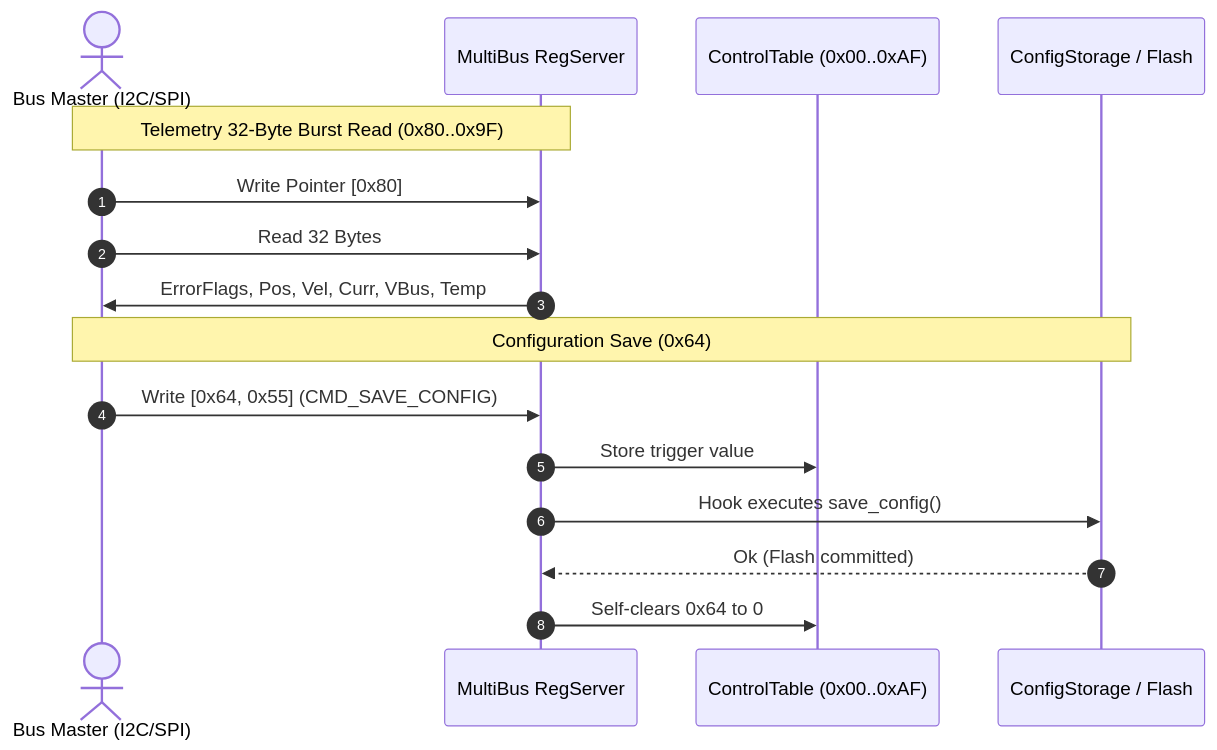
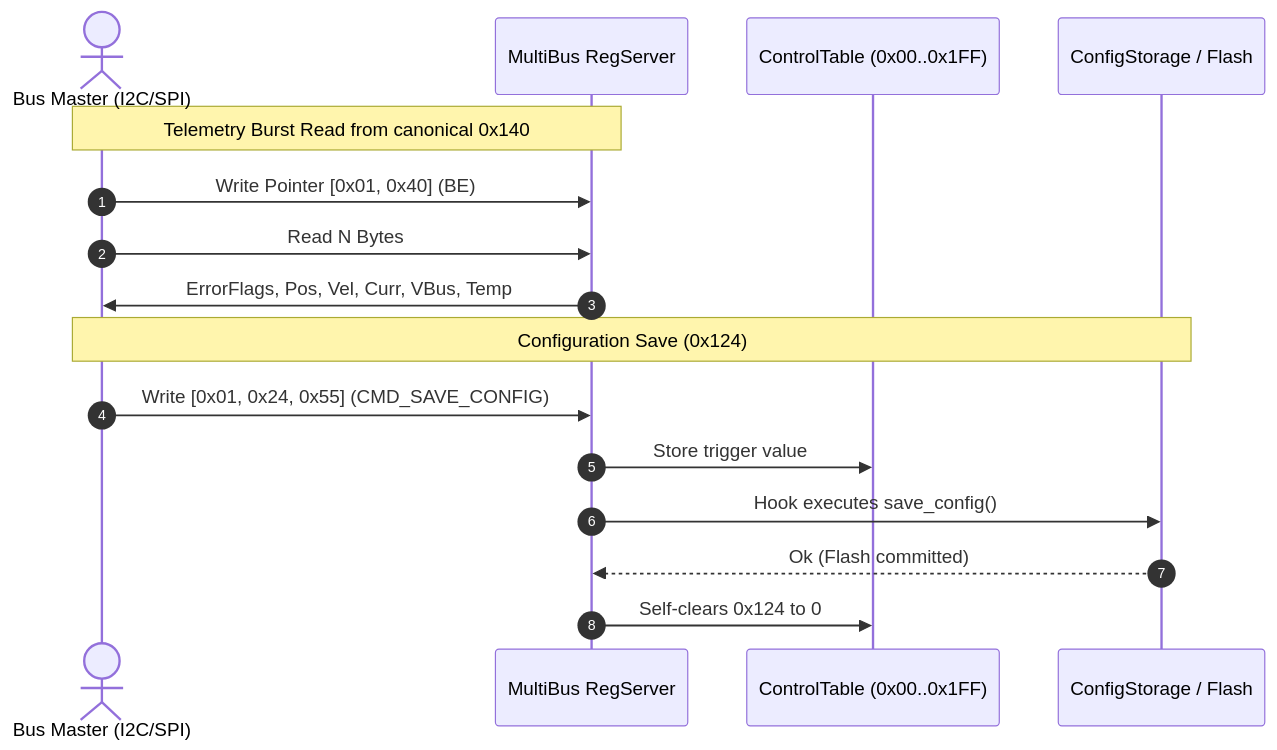
The diagram in docs/communication/multibus.md (bareFOC/barefoc.github.io), drawn with Mermaid before and after one commit. The commit also changed other lines of this file and 5 other files, not shown here.

````diff
--- a/docs/communication/multibus.md
+++ b/docs/communication/multibus.md
@@ -201,20 +201,20 @@
 ```mermaid
 sequenceDiagram
     autonumber
     actor Host as Bus Master (I2C/SPI)
     participant Server as MultiBus RegServer
-    participant Table as ControlTable (0x00..0xAF)
+    participant Table as ControlTable (0x00..0x1FF)
     participant Storage as ConfigStorage / Flash
 
-    Note over Host, Server: Telemetry 32-Byte Burst Read (0x80..0x9F)
-    Host->>Server: Write Pointer [0x80]
-    Host->>Server: Read 32 Bytes
+    Note over Host, Server: Telemetry Burst Read from canonical 0x140
+    Host->>Server: Write Pointer [0x01, 0x40] (BE)
+    Host->>Server: Read N Bytes
     Server->>Host: ErrorFlags, Pos, Vel, Curr, VBus, Temp
 
-    Note over Host, Storage: Configuration Save (0x64)
-    Host->>Server: Write [0x64, 0x55] (CMD_SAVE_CONFIG)
+    Note over Host, Storage: Configuration Save (0x124)
+    Host->>Server: Write [0x01, 0x24, 0x55] (CMD_SAVE_CONFIG)
     Server->>Table: Store trigger value
     Server->>Storage: Hook executes save_config()
     Storage-->>Server: Ok (Flash committed)
-    Server->>Table: Self-clears 0x64 to 0
+    Server->>Table: Self-clears 0x124 to 0
 ```
````
